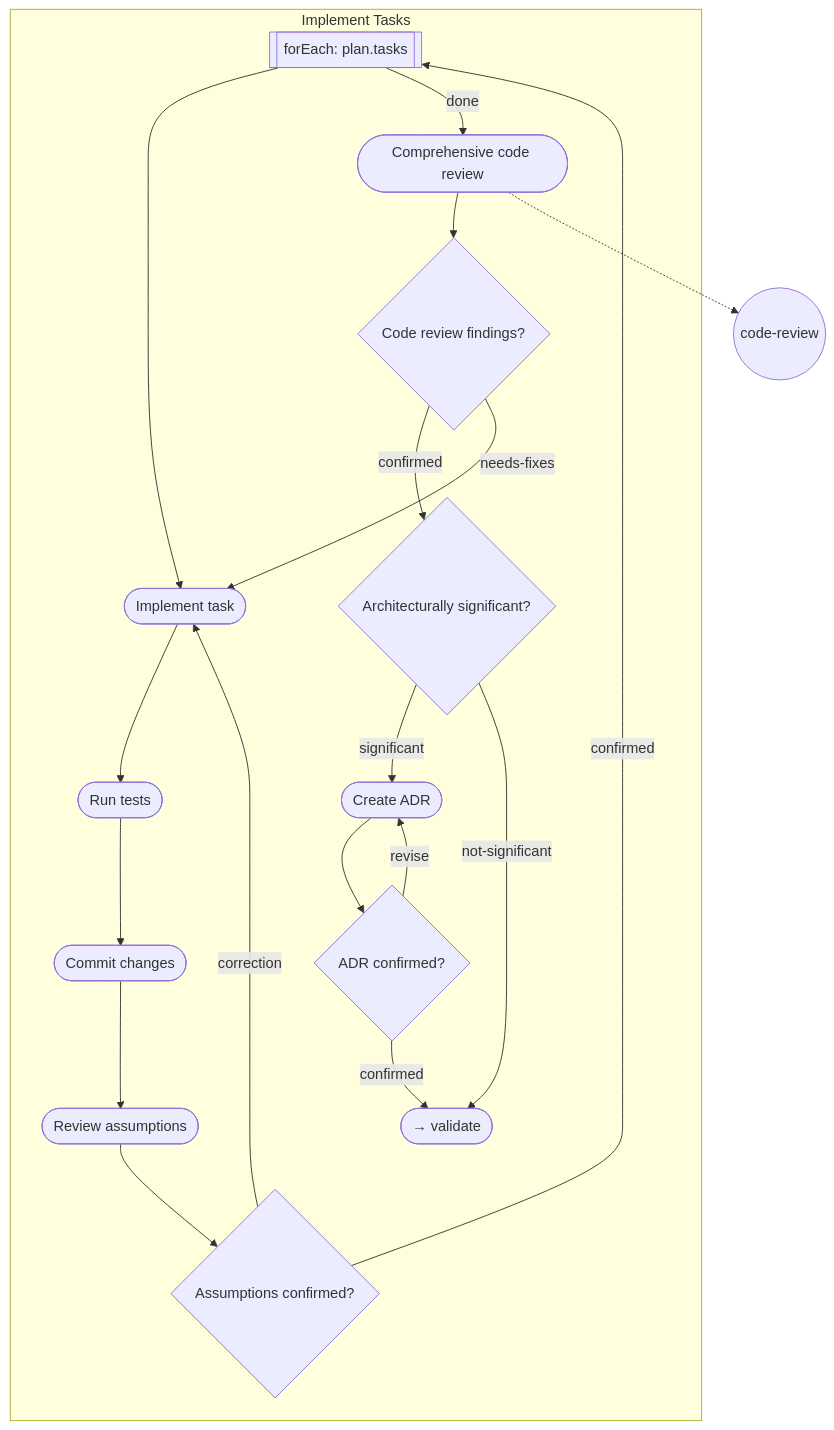
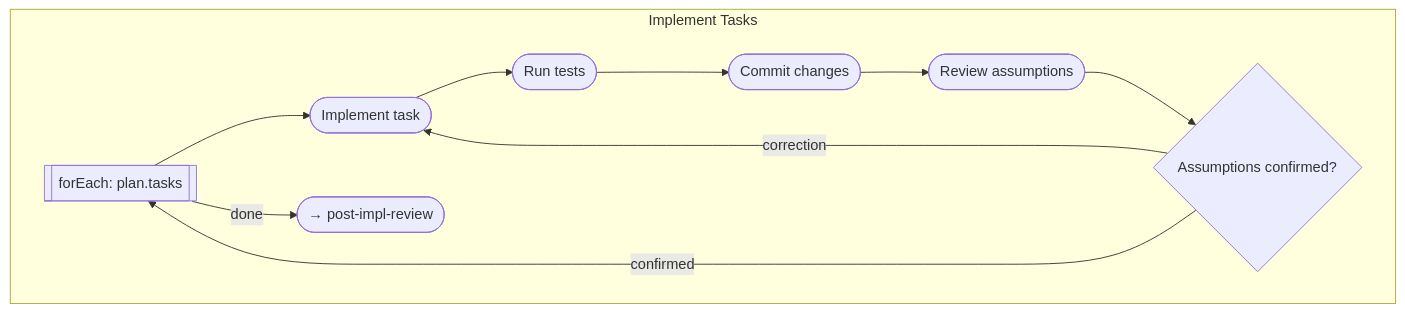
Before and after one commit to m2ux/workflow-server: the eighth of 14 diagrams in work-package/README.md, drawn with Mermaid. The commit also changed other lines of this file and 2 other files, not shown here.

First line of the commit message:
refactor(work-package): move ADR creation to post-implementation

````diff
--- a/work-package/README.md
+++ b/work-package/README.md
@@ -317,35 +317,18 @@
 ```mermaid
 graph TD
     subgraph implement[Implement Tasks]
         loop[[forEach: plan.tasks]]
         t1([Implement task])
         t2([Run tests])
         t3([Commit changes])
         t4([Review assumptions])
         
-        cr([Comprehensive code review])
-        
         cp1{Assumptions confirmed?}
-        cp2{Code review findings?}
-        cp3{Architecturally significant?}
-        cp4{ADR confirmed?}
         
         loop --> t1 --> t2 --> t3 --> t4 --> cp1
         cp1 -->|confirmed| loop
         cp1 -->|correction| t1
         
-        loop -->|done| cr --> cp2
-        cp2 -->|confirmed| cp3
-        cp2 -->|needs-fixes| t1
-        
-        cp3 -->|significant| ADR([Create ADR])
-        cp3 -->|not-significant| Next([→ validate])
-        
-        ADR --> cp4
-        cp4 -->|confirmed| Next
-        cp4 -->|revise| ADR
+        loop -->|done| Next([→ post-impl-review])
     end
-    
-    skill1((code-review))
-    cr -.-> skill1
 ```
````
